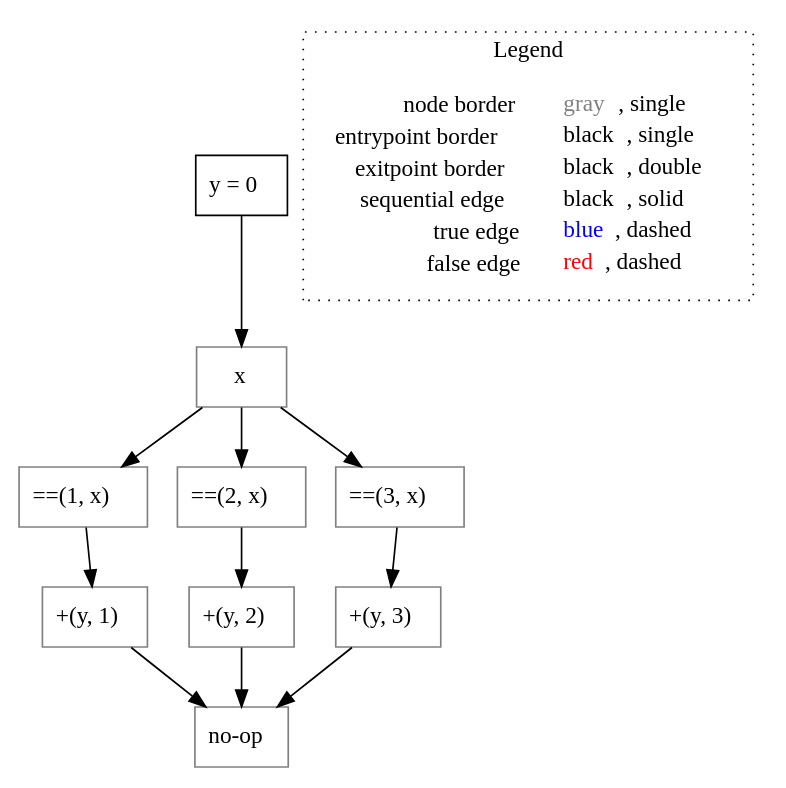
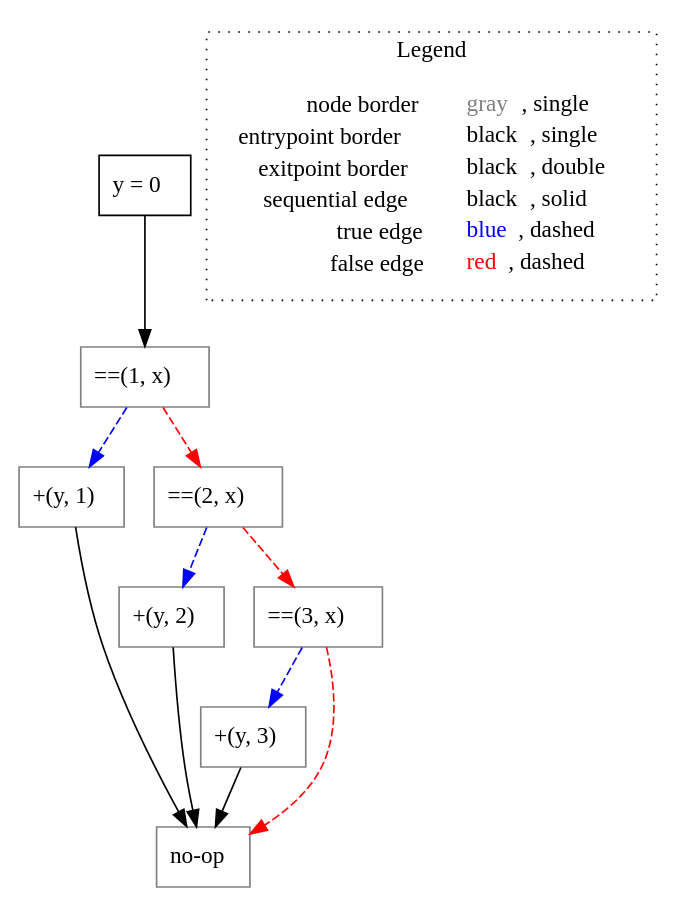
One commit to lisa-analyzer/go-lisa changed the diagram in go-lisa/test-outputs/switch/untyped_simpleSwitch().dot. Above: the diagram before and after it, drawn with Graphviz. The commit also changed 7 other files, not shown here.

```diff
--- a/go-lisa/test-outputs/switch/untyped_simpleSwitch().dot
+++ b/go-lisa/test-outputs/switch/untyped_simpleSwitch().dot
@@ -1,28 +1,27 @@
 digraph {
 	"node0" [shape="rect",color="black",label=<y = 0>];
-	"node1" [shape="rect",color="gray",label=<==(1, x)>];
-	"node2" [shape="rect",color="gray",label=<+(y, 3)>];
-	"node3" [shape="rect",color="gray",label=<x>];
-	"node4" [shape="rect",color="gray",label=<+(y, 1)>];
-	"node5" [shape="rect",color="gray",label=<no-op>];
-	"node6" [shape="rect",color="gray",label=<+(y, 2)>];
-	"node7" [shape="rect",color="gray",label=<==(2, x)>];
-	"node8" [shape="rect",color="gray",label=<==(3, x)>];
-	"node0" -> "node3" [color="black"];
-	"node1" -> "node4" [color="black"];
-	"node2" -> "node5" [color="black"];
-	"node3" -> "node1" [color="black"];
-	"node3" -> "node7" [color="black"];
-	"node3" -> "node8" [color="black"];
-	"node4" -> "node5" [color="black"];
-	"node6" -> "node5" [color="black"];
-	"node7" -> "node6" [color="black"];
-	"node8" -> "node2" [color="black"];
+	"node1" [shape="rect",color="gray",label=<+(y, 3)>];
+	"node2" [shape="rect",color="gray",label=<+(y, 2)>];
+	"node3" [shape="rect",color="gray",label=<+(y, 1)>];
+	"node4" [shape="rect",color="gray",label=<==(3, x)>];
+	"node5" [shape="rect",color="gray",label=<==(2, x)>];
+	"node6" [shape="rect",color="gray",label=<no-op>];
+	"node7" [shape="rect",color="gray",label=<==(1, x)>];
+	"node1" -> "node6" [color="black"];
+	"node2" -> "node6" [color="black"];
+	"node3" -> "node6" [color="black"];
+	"node4" -> "node1" [color="blue",style="dashed"];
+	"node4" -> "node6" [color="red",style="dashed"];
+	"node5" -> "node2" [color="blue",style="dashed"];
+	"node5" -> "node4" [color="red",style="dashed"];
+	"node0" -> "node7" [color="black"];
+	"node7" -> "node3" [color="blue",style="dashed"];
+	"node7" -> "node5" [color="red",style="dashed"];
 subgraph cluster_legend {
 	label="Legend";
 	style=dotted;
 	node [shape=plaintext];
 	"legend" [label=<<table border="0" cellpadding="2" cellspacing="0" cellborder="0"><tr><td align="right">node border&nbsp;</td><td align="left"><font color="gray">gray</font>, single</td></tr><tr><td align="right">entrypoint border&nbsp;</td><td align="left"><font color="black">black</font>, single</td></tr><tr><td align="right">exitpoint border&nbsp;</td><td align="left"><font color="black">black</font>, double</td></tr><tr><td align="right">sequential edge&nbsp;</td><td align="left"><font color="black">black</font>, solid</td></tr><tr><td align="right">true edge&nbsp;</td><td align="left"><font color="blue">blue</font>, dashed</td></tr><tr><td align="right">false edge&nbsp;</td><td align="left"><font color="red">red</font>, dashed</td></tr></table>>];
 }
 
 }
```
